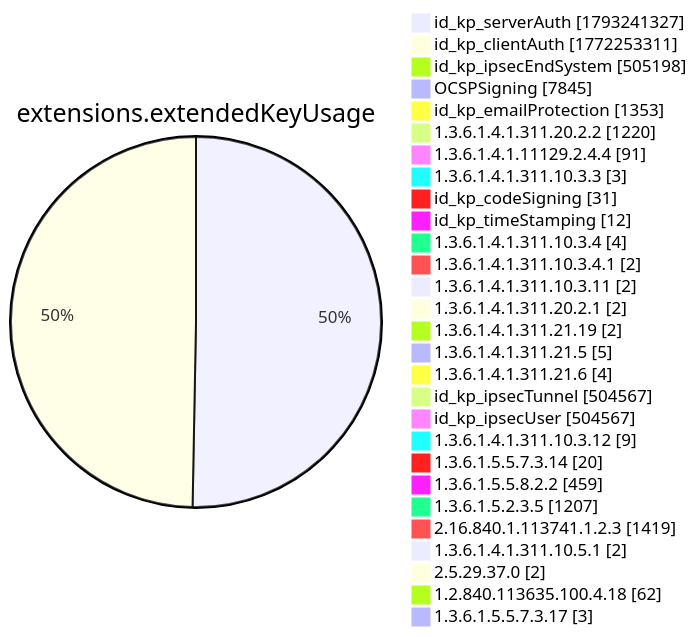
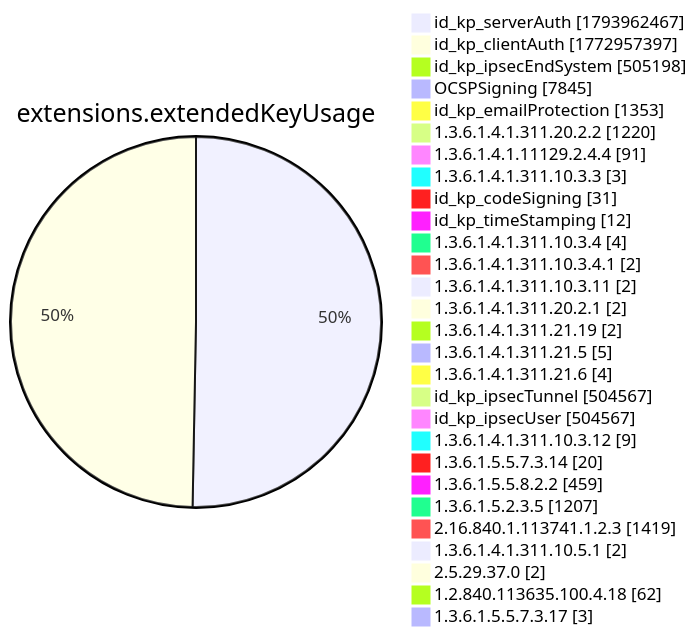
Diagram 12 of 15 in xenon2022/README.md (christiankrug/ctmonitor_visualization), drawn with Mermaid before and after one commit. The commit also changed other lines of this file, not shown here.

````diff
--- a/xenon2022/README.md
+++ b/xenon2022/README.md
@@ -3895,32 +3895,32 @@
 ```mermaid
 pie showData
 title extensions.extendedKeyUsage
-"id_kp_serverAuth" :1793241327
-"id_kp_clientAuth" :1772253311
+"id_kp_serverAuth" :1793962467
+"id_kp_clientAuth" :1772957397
 "id_kp_ipsecEndSystem" :505198
 "OCSPSigning" :7845
 "id_kp_emailProtection" :1353
 "1.3.6.1.4.1.311.20.2.2" :1220
 "1.3.6.1.4.1.11129.2.4.4" :91
 "1.3.6.1.4.1.311.10.3.3" :3
 "id_kp_codeSigning" :31
 "id_kp_timeStamping" :12
 "1.3.6.1.4.1.311.10.3.4" :4
 "1.3.6.1.4.1.311.10.3.4.1" :2
 "1.3.6.1.4.1.311.10.3.11" :2
 "1.3.6.1.4.1.311.20.2.1" :2
 "1.3.6.1.4.1.311.21.19" :2
 "1.3.6.1.4.1.311.21.5" :5
 "1.3.6.1.4.1.311.21.6" :4
 "id_kp_ipsecTunnel" :504567
 "id_kp_ipsecUser" :504567
 "1.3.6.1.4.1.311.10.3.12" :9
 "1.3.6.1.5.5.7.3.14" :20
 "1.3.6.1.5.5.8.2.2" :459
 "1.3.6.1.5.2.3.5" :1207
 "2.16.840.1.113741.1.2.3" :1419
 "1.3.6.1.4.1.311.10.5.1" :2
 "2.5.29.37.0" :2
 "1.2.840.113635.100.4.18" :62
 "1.3.6.1.5.5.7.3.17" :3
 ```
````
